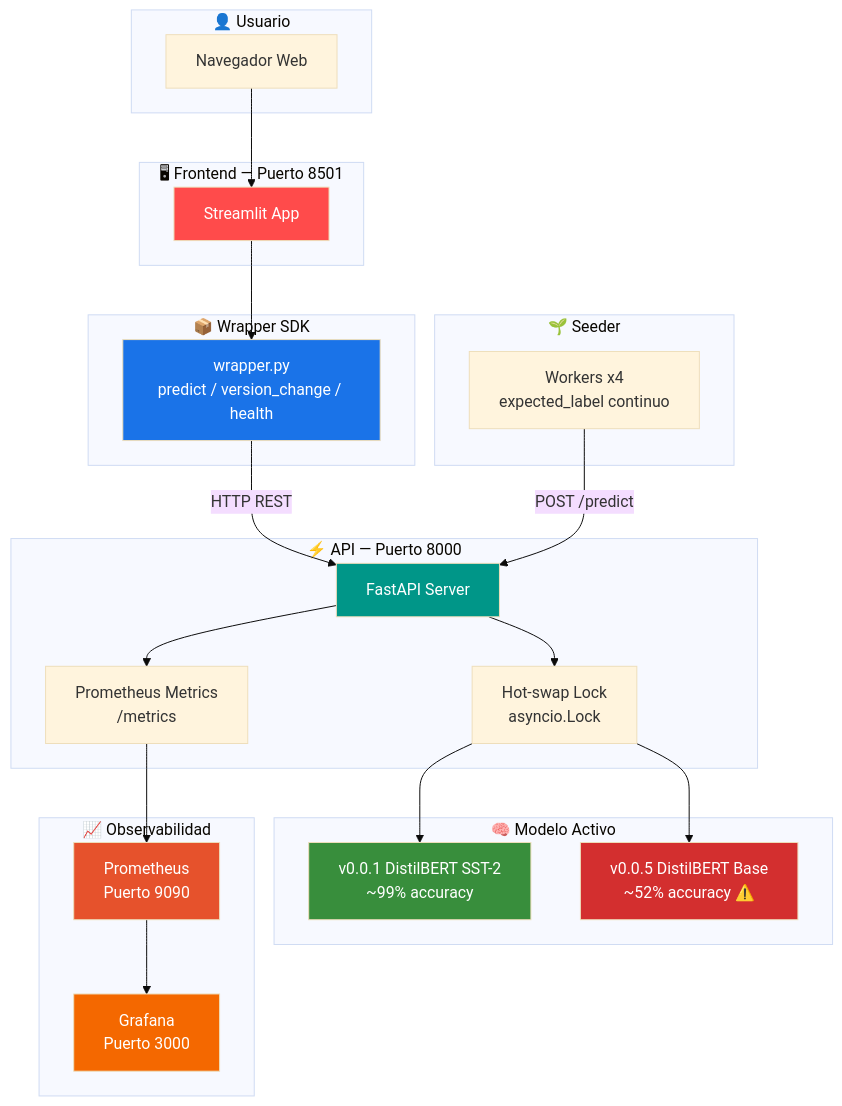
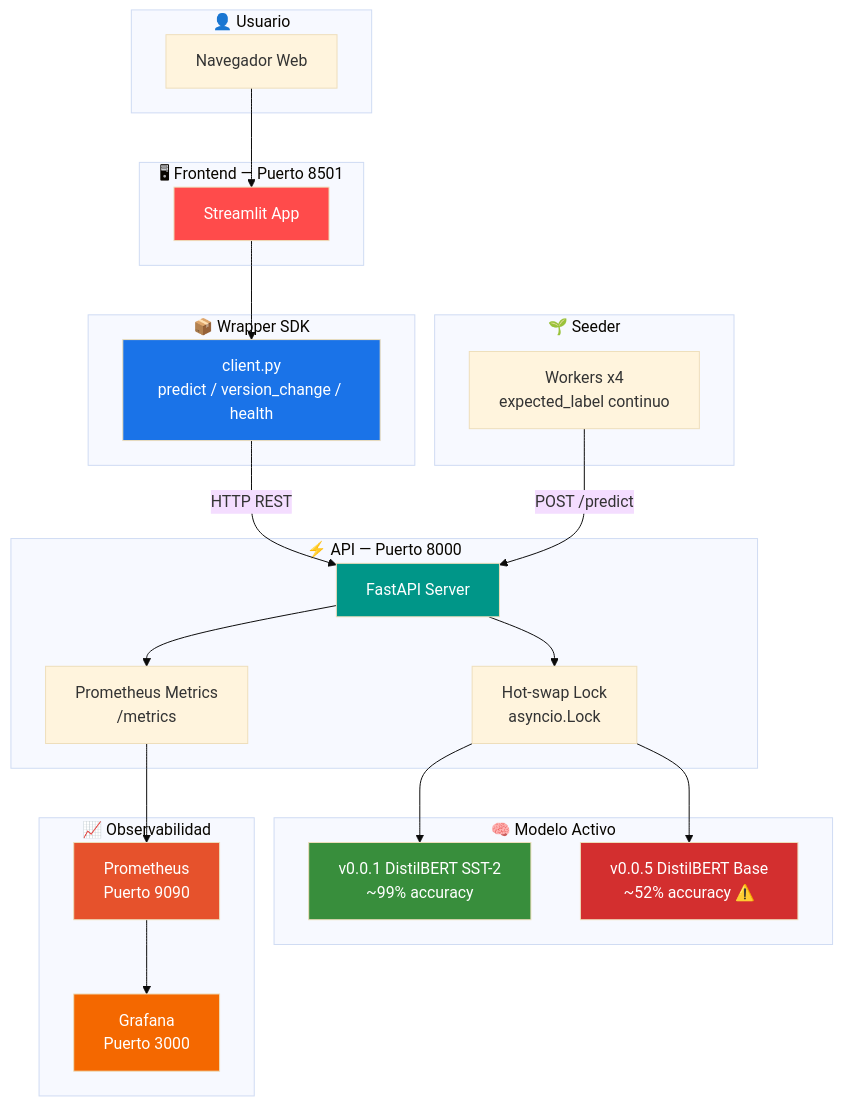
The first of 8 diagrams in README.md (david-martinez-munoz/MLOps-Lifecycle2), drawn with Mermaid (base theme) before and after one commit. The commit also changed other lines of this file and 6 other files, not shown here.

````diff
--- a/README.md
+++ b/README.md
@@ -53,53 +53,53 @@
 ```mermaid
 graph TB
     subgraph "👤 Usuario"
         U[Navegador Web]
     end
 
     subgraph "🖥 Frontend — Puerto 8501"
         ST[Streamlit App]
     end
 
     subgraph "📦 Wrapper SDK"
-        WR[wrapper.py<br/>predict / version_change / health]
+        WR[client.py<br/>predict / version_change / health]
     end
 
     subgraph "⚡ API — Puerto 8000"
         FA[FastAPI Server]
         HL[Hot-swap Lock<br/>asyncio.Lock]
         PM[Prometheus Metrics<br/>/metrics]
     end
 
     subgraph "🧠 Modelo Activo"
         M1[v0.0.1 DistilBERT SST-2<br/>~99% accuracy]
         M2[v0.0.5 DistilBERT Base<br/>~52% accuracy ⚠️]
     end
 
     subgraph "🌱 Seeder"
         SE[Workers x4<br/>expected_label continuo]
     end
 
     subgraph "📈 Observabilidad"
         PR[Prometheus<br/>Puerto 9090]
         GR[Grafana<br/>Puerto 3000]
     end
 
     U --> ST
     ST --> WR
     WR -->|HTTP REST| FA
     SE -->|POST /predict| FA
     FA --> HL
     HL --> M1
     HL --> M2
     FA --> PM
     PM --> PR
     PR --> GR
 
     style ST fill:#FF4B4B,color:#fff
     style WR fill:#1a73e8,color:#fff
     style FA fill:#009688,color:#fff
     style GR fill:#F46800,color:#fff
     style PR fill:#E6522C,color:#fff
     style M2 fill:#d32f2f,color:#fff
     style M1 fill:#388e3c,color:#fff
 ```
````
